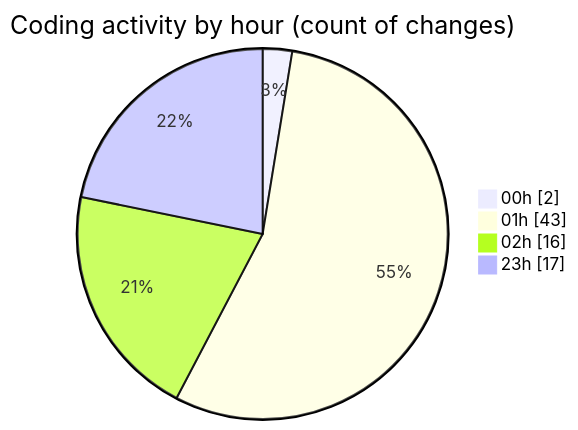
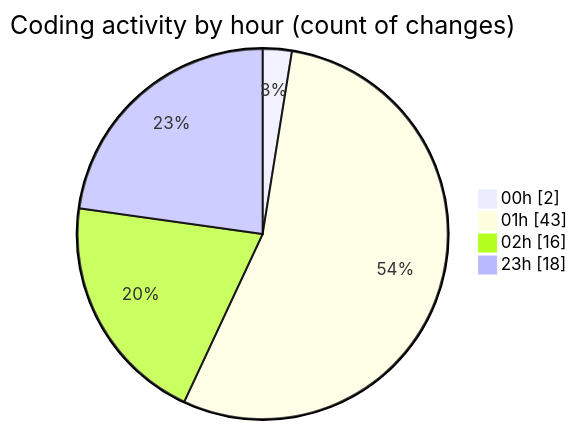
Before and after one commit to lephambinh05/code-tracking: the second of 2 diagrams in 2025-07-16/nhahang/README.md, drawn with Mermaid. The commit also changed other lines of this file and 1 other file, not shown here.

````diff
--- a/2025-07-16/nhahang/README.md
+++ b/2025-07-16/nhahang/README.md
@@ -57,8 +57,8 @@
 ```mermaid
 pie showData
 title Coding activity by hour (count of changes)
 "00h" : 2
 "01h" : 43
 "02h" : 16
-"23h" : 17
+"23h" : 18
 ```
````
